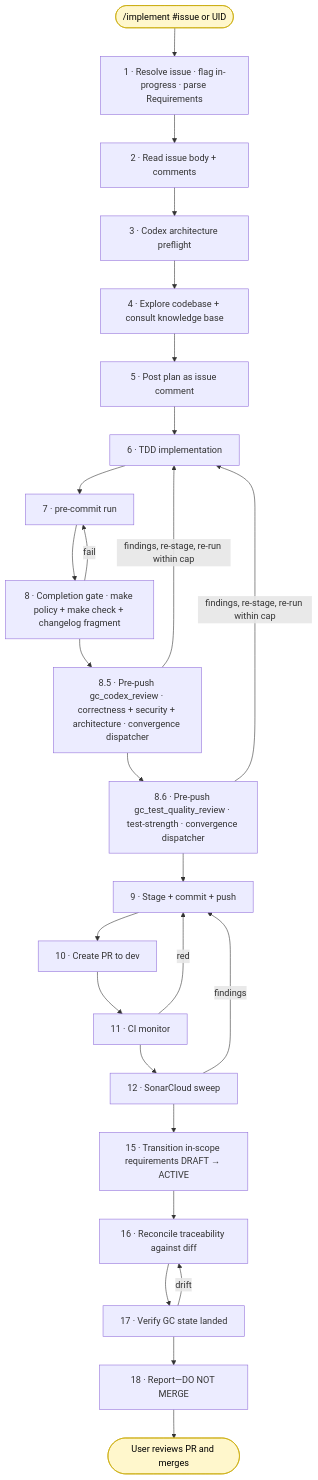
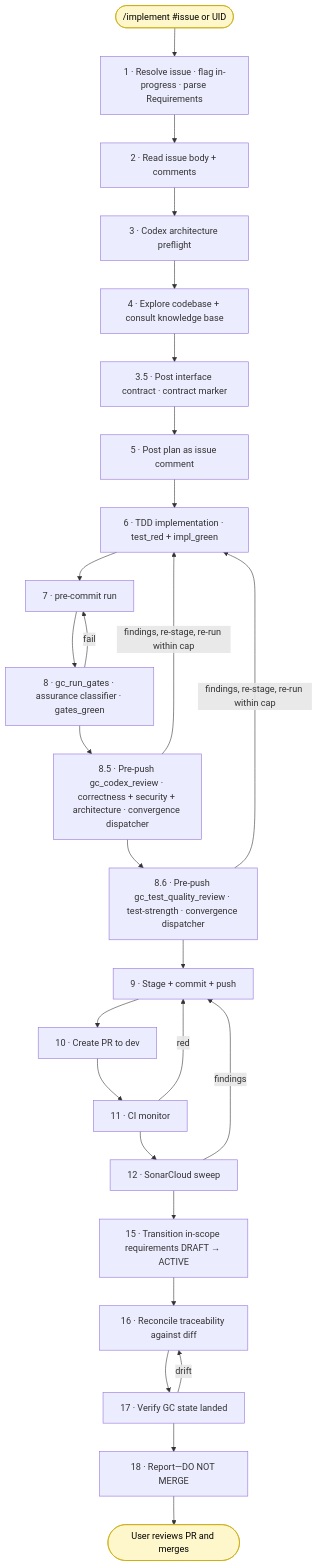
The diagram in docs/DEVELOPMENT_WORKFLOW.md (Brad-Edwards/Ground-Control), drawn with Mermaid before and after one commit. The commit also changed other lines of this file and 27 other files, not shown here.

First line of the commit message:
feat(mcp): phase 4 contract-first markers and assurance classifier

````diff
--- a/docs/DEVELOPMENT_WORKFLOW.md
+++ b/docs/DEVELOPMENT_WORKFLOW.md
@@ -356,53 +397,55 @@
 ```mermaid
 flowchart TB
   Start([/implement #issue or UID])
   S1[1 · Resolve issue · flag in-progress · parse Requirements]
   S2[2 · Read issue body + comments]
   S3[3 · Codex architecture preflight]
   S4[4 · Explore codebase + consult knowledge base]
+  S4b[3.5 · Post interface contract · contract marker]
   S5[5 · Post plan as issue comment]
-  S6[6 · TDD implementation]
+  S6[6 · TDD implementation · test_red + impl_green]
   S7[7 · pre-commit run]
-  S8[8 · Completion gate · make policy + make check + changelog fragment]
+  S8[8 · gc_run_gates · assurance classifier · gates_green]
   S8b[8.5 · Pre-push gc_codex_review · correctness + security + architecture · convergence dispatcher]
   S8c[8.6 · Pre-push gc_test_quality_review · test-strength · convergence dispatcher]
   S9[9 · Stage + commit + push]
   S10[10 · Create PR to dev]
   S11[11 · CI monitor]
   S12[12 · SonarCloud sweep]
   S15[15 · Transition in-scope requirements DRAFT → ACTIVE]
   S16[16 · Reconcile traceability against diff]
   S17[17 · Verify GC state landed]
   S18[18 · Report—DO NOT MERGE]
   End([User reviews PR and merges])
 
   Start --> S1
   S1 --> S2
   S2 --> S3
   S3 --> S4
-  S4 --> S5
+  S4 --> S4b
+  S4b --> S5
   S5 --> S6
   S6 --> S7
   S7 --> S8
   S8 --> S8b
   S8b --> S8c
   S8c --> S9
   S9 --> S10
   S10 --> S11
   S11 --> S12
   S12 --> S15
   S15 --> S16
   S16 --> S17
   S17 --> S18
   S18 --> End
 
   S8 -->|fail| S7
   S8b -->|findings, re-stage, re-run within cap| S6
   S8c -->|findings, re-stage, re-run within cap| S6
   S11 -->|red| S9
   S12 -->|findings| S9
   S17 -->|drift| S16
 
   classDef user fill:#fff7cc,stroke:#c9a900,color:#000
   class Start,End user
 ```
````
